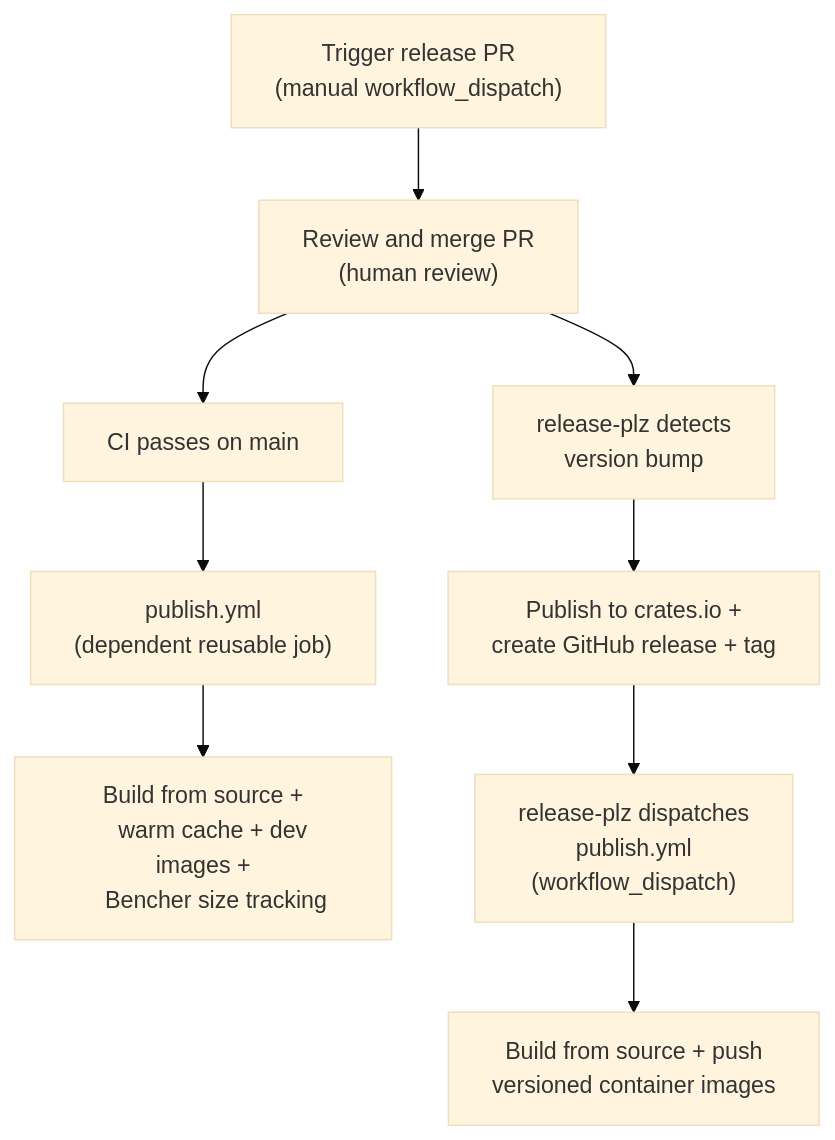
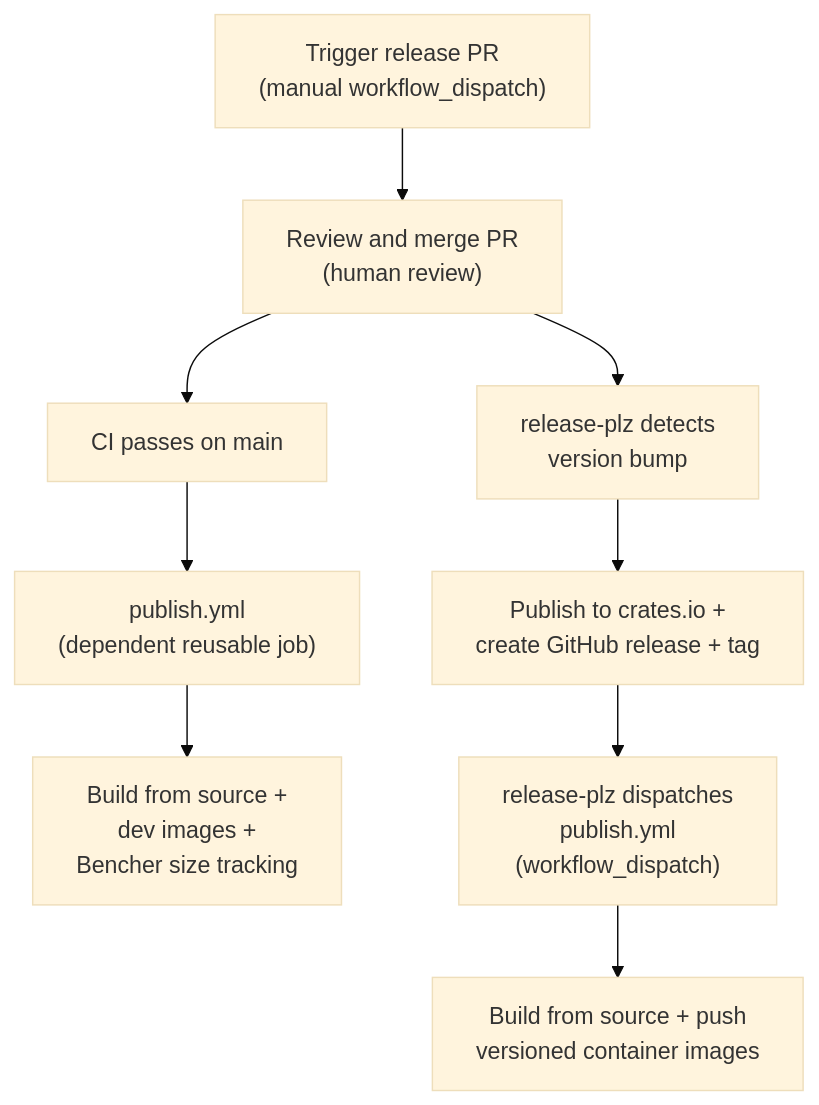
Before and after one commit to arcuru/eidetica: the diagram in docs/src/internal/ci.md, drawn with Mermaid (base theme). The commit also changed other lines of this file and 10 other files, not shown here.

````diff
--- a/docs/src/internal/ci.md
+++ b/docs/src/internal/ci.md
@@ -226,21 +258,21 @@
 ```mermaid
 flowchart TD
     A["Trigger release PR
     (manual workflow_dispatch)"] --> B["Review and merge PR
     (human review)"]
     B --> C["CI passes on main"]
     B --> D["release-plz detects
     version bump"]
     C --> E["publish.yml
     (dependent reusable job)"]
     E --> F["Build from source +
-    warm cache + dev images +
+    dev images +
     Bencher size tracking"]
     D --> G["Publish to crates.io +
     create GitHub release + tag"]
     G --> H["release-plz dispatches
     publish.yml
     (workflow_dispatch)"]
     H --> I["Build from source + push
     versioned container images"]
 ```
````
